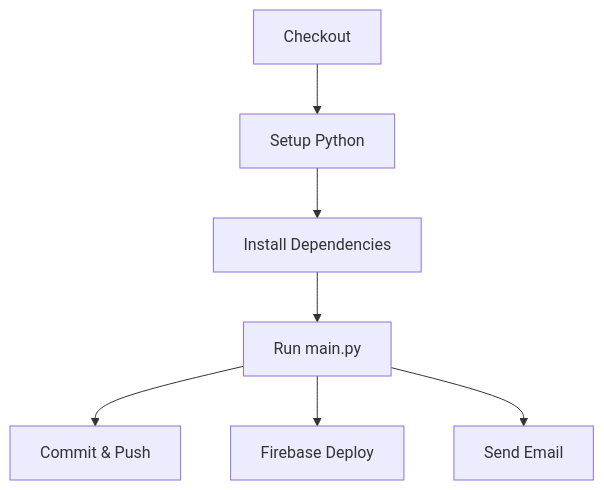
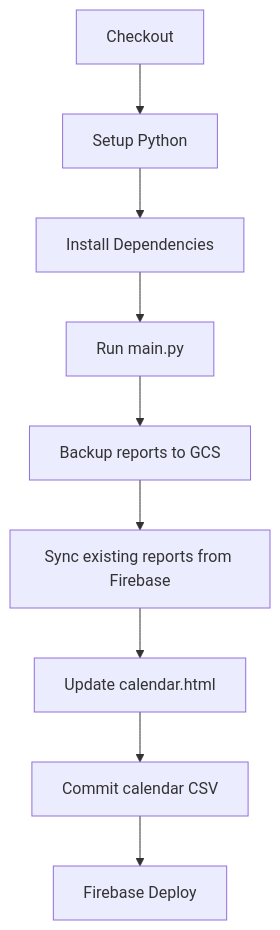
Before and after one commit to igrekplus/football-delay-watching: the diagram in docs/04_operations/infrastructure.md, drawn with Mermaid. The commit also changed other lines of this file and 11 other files, not shown here.

Commit message:
docs: add calendar requirements and align runtime/deploy specs

````diff
--- a/docs/04_operations/infrastructure.md
+++ b/docs/04_operations/infrastructure.md
@@ -19,9 +19,11 @@
 ```mermaid
 graph TD
     A[Checkout] --> B[Setup Python]
     B --> C[Install Dependencies]
     C --> D[Run main.py]
-    D --> E[Commit & Push]
-    D --> F[Firebase Deploy]
-    D --> G[Send Email]
+    D --> E[Backup reports to GCS]
+    E --> F[Sync existing reports from Firebase]
+    F --> G[Update calendar.html]
+    G --> H[Commit calendar CSV]
+    H --> I[Firebase Deploy]
 ```
````
